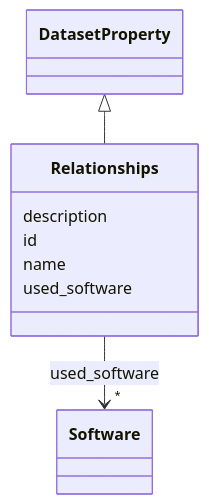
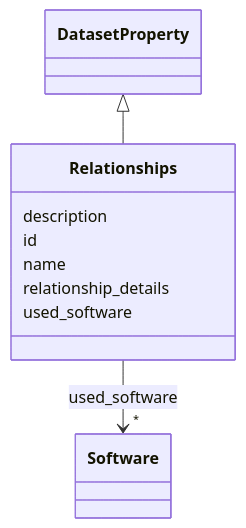
One commit to bridge2ai/data-sheets-schema changed the diagram in docs/Relationships.md. Above: the diagram before and after it, drawn with Mermaid. The commit also changed other lines of this file and 682 other files, not shown here.

````diff
--- a/docs/Relationships.md
+++ b/docs/Relationships.md
@@ -20,26 +20,28 @@
 ```mermaid
  classDiagram
     class Relationships
     click Relationships href "../Relationships/"
       DatasetProperty <|-- Relationships
         click DatasetProperty href "../DatasetProperty/"
       
       Relationships : description
         
       Relationships : id
         
       Relationships : name
+        
+      Relationships : relationship_details
         
       Relationships : used_software
         
           
     
         
         
         Relationships --> "*" Software : used_software
         click Software href "../Software/"
     
 
         
       
 ```
````
